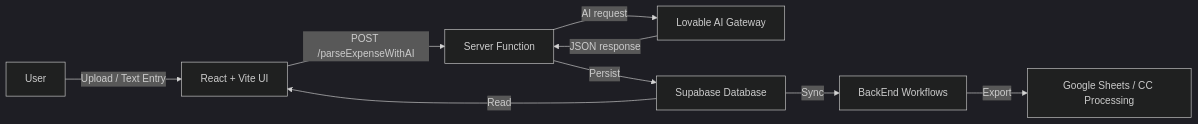
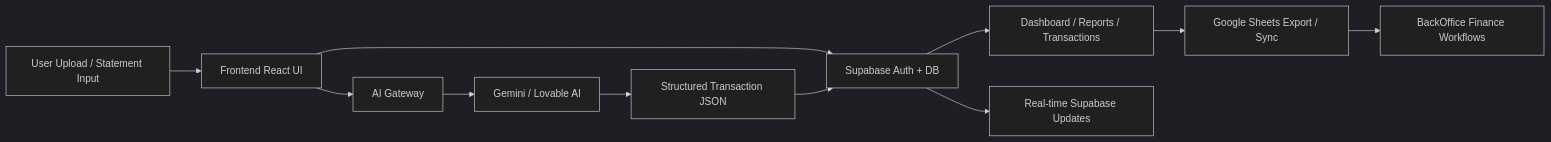
Before and after one commit to swati1987-blip/FinstreamAIProject: the diagram in README.md, drawn with Mermaid (dark theme). The commit also changed other lines of this file and 35 other files, not shown here.

First line of the commit message:
docs: Add comprehensive README with AI SaaS documentation, architecture diagrams, and project explainer assets

````diff
--- a/README.md
+++ b/README.md
@@ -34,11 +29,13 @@
 ```mermaid
 flowchart LR
-  U[User] -->|Upload / Text Entry| F[React + Vite UI]
-  F -->|POST /parseExpenseWithAI| B[Server Function]
-  B -->|AI request| A[Lovable AI Gateway]
-  A -->|JSON response| B
-  B -->|Persist| S[Supabase Database]
-  S -->|Read| F
-  W[BackEnd Workflows] -->|Export| G[Google Sheets / CC Processing]
-  S -->|Sync| W
+  A[User Upload / Statement Input] --> B[Frontend React UI]
+  B --> C[Supabase Auth + DB]
+  B --> D[AI Gateway]
+  D --> E[Gemini / Lovable AI]
+  E --> F[Structured Transaction JSON]
+  F --> C
+  C --> G[Dashboard / Reports / Transactions]
+  G --> H[Google Sheets Export / Sync]
+  C --> I[Real-time Supabase Updates]
+  H --> J[BackOffice Finance Workflows]
 ```
````
